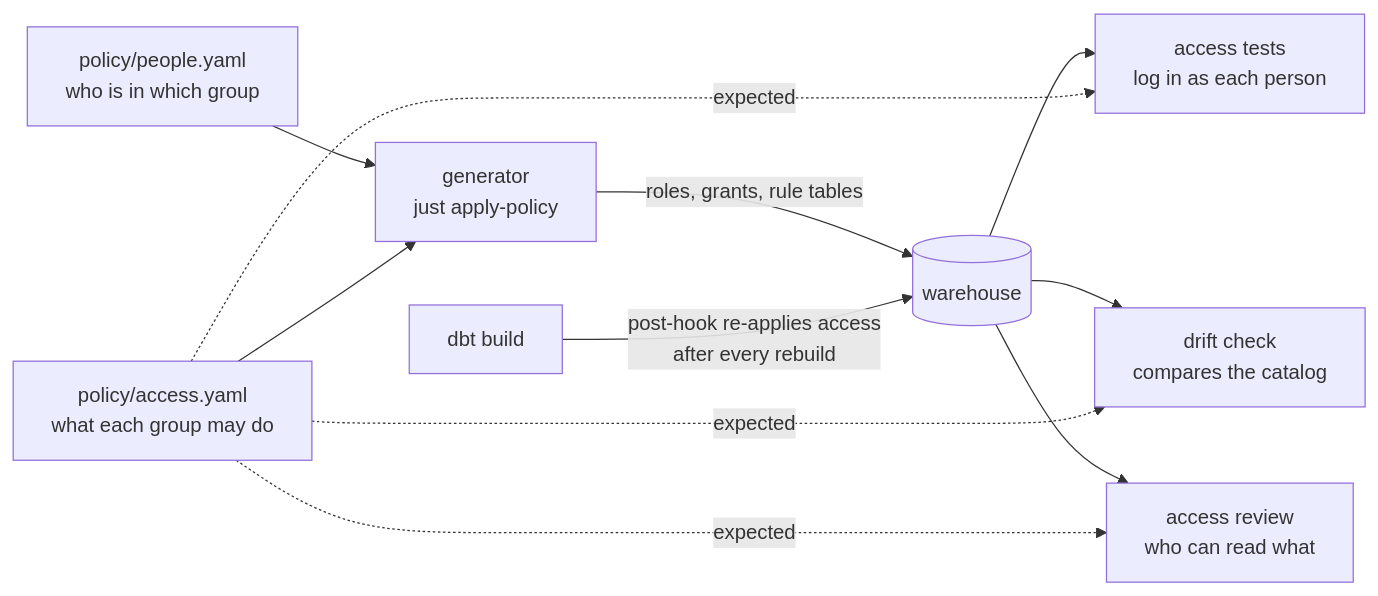
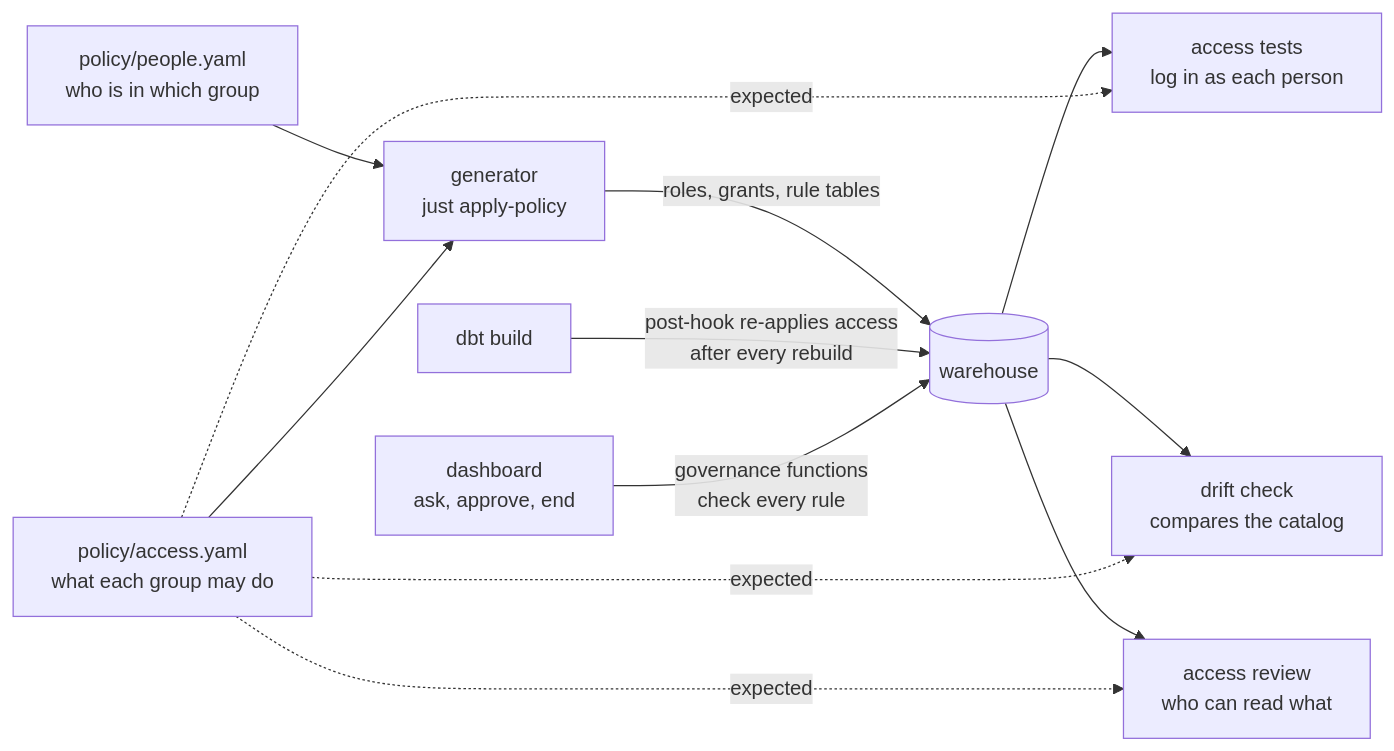
One commit to OctagonIntel/SystemArch changed the second of 2 diagrams in README.md. Above: the diagram before and after it, drawn with Mermaid. The commit also changed other lines of this file and 29 other files, not shown here.

````diff
--- a/README.md
+++ b/README.md
@@ -38,14 +38,15 @@
 ```mermaid
 flowchart LR
   PEOPLE[policy/people.yaml<br/>who is in which group] --> GEN
   POLICY[policy/access.yaml<br/>what each group may do] --> GEN
   GEN[generator<br/>just apply-policy] -->|roles, grants, rule tables| DB[(warehouse)]
   DBT[dbt build] -->|post-hook re-applies access<br/>after every rebuild| DB
+  DASH[dashboard<br/>ask, approve, end] -->|governance functions<br/>check every rule| DB
 
   DB --> TESTS[access tests<br/>log in as each person]
   DB --> DRIFT[drift check<br/>compares the catalog]
   DB --> REPORT[access review<br/>who can read what]
   POLICY -.->|expected| TESTS
   POLICY -.->|expected| DRIFT
   POLICY -.->|expected| REPORT
 ```
````
